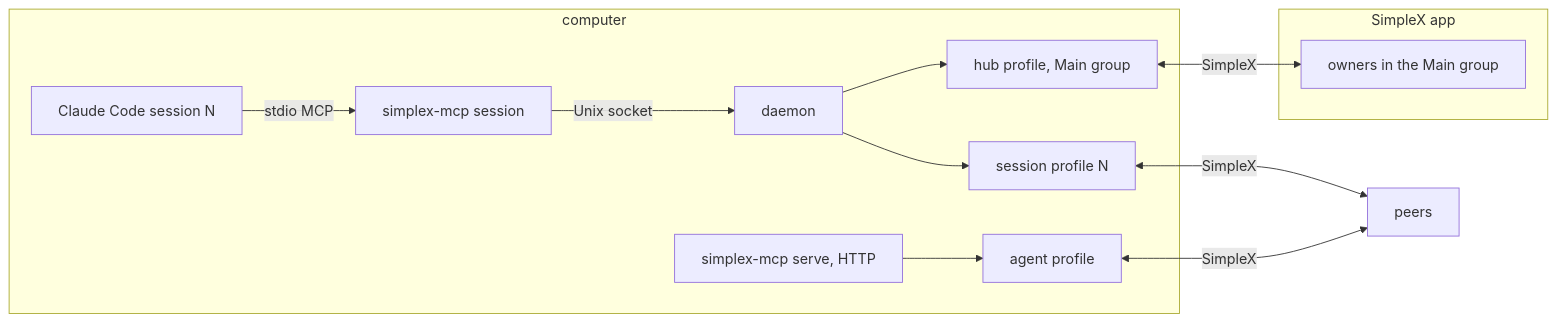
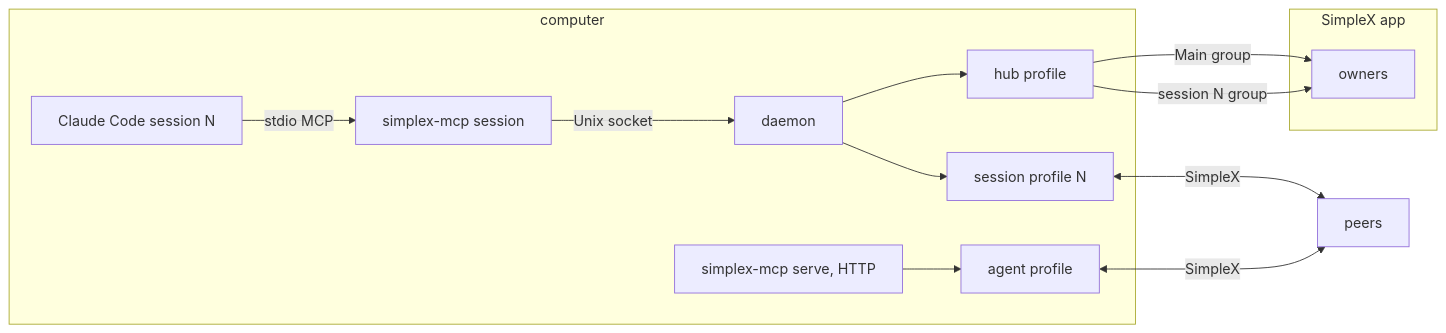
One commit to simplex-chat/simplex-chat changed the first of 5 diagrams in plans/2026-11-07-mcp-claude-code-channel.md. Above: the diagram before and after it, drawn with Mermaid. The commit also changed other lines of this file, not shown here.

Commit message:
docs: MCP plan, a group per session

````diff
--- a/plans/2026-11-07-mcp-claude-code-channel.md
+++ b/plans/2026-11-07-mcp-claude-code-channel.md
@@ -44,16 +45,17 @@
 ```mermaid
 flowchart LR
   subgraph App[SimpleX app]
-    O[owners in the Main group]
+    O[owners]
   end
   subgraph Host[computer]
     CC[Claude Code session N] -- stdio MCP --> S[simplex-mcp session]
     S -- Unix socket --> D[daemon]
-    D --> H[hub profile, Main group]
+    D --> H[hub profile]
     D --> A[session profile N]
     SV[simplex-mcp serve, HTTP] --> A0[agent profile]
   end
-  H <-- SimpleX --> O
+  H -- Main group --> O
+  H -- session N group --> O
   A <-- SimpleX --> P[peers]
   A0 <-- SimpleX --> P
 ```
````
